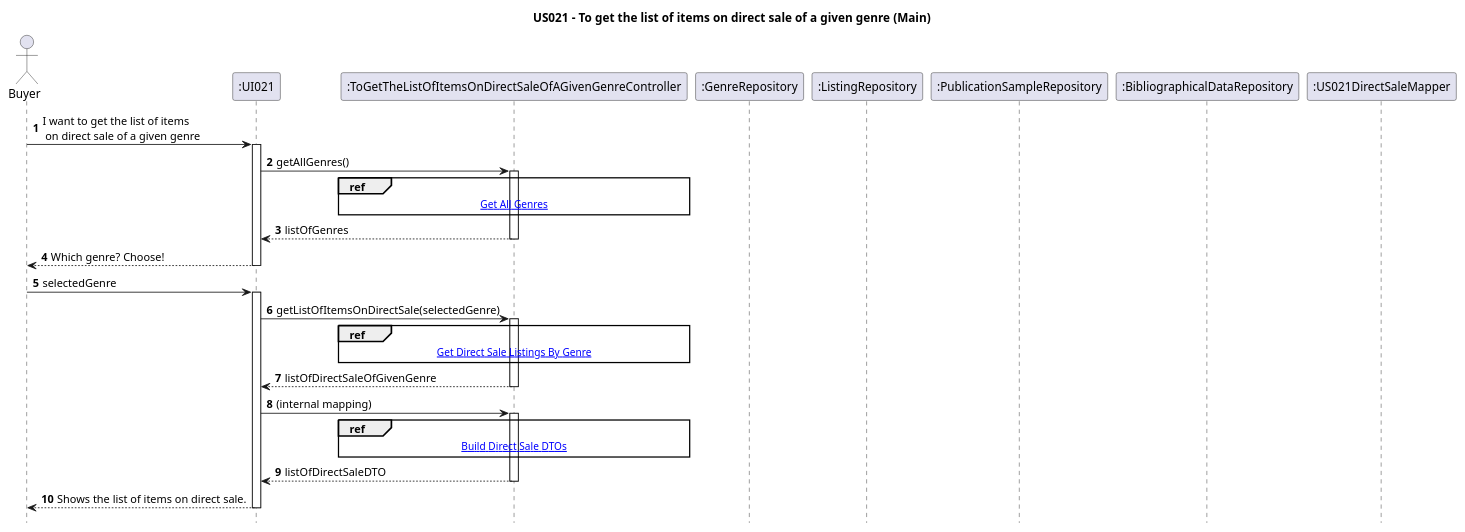
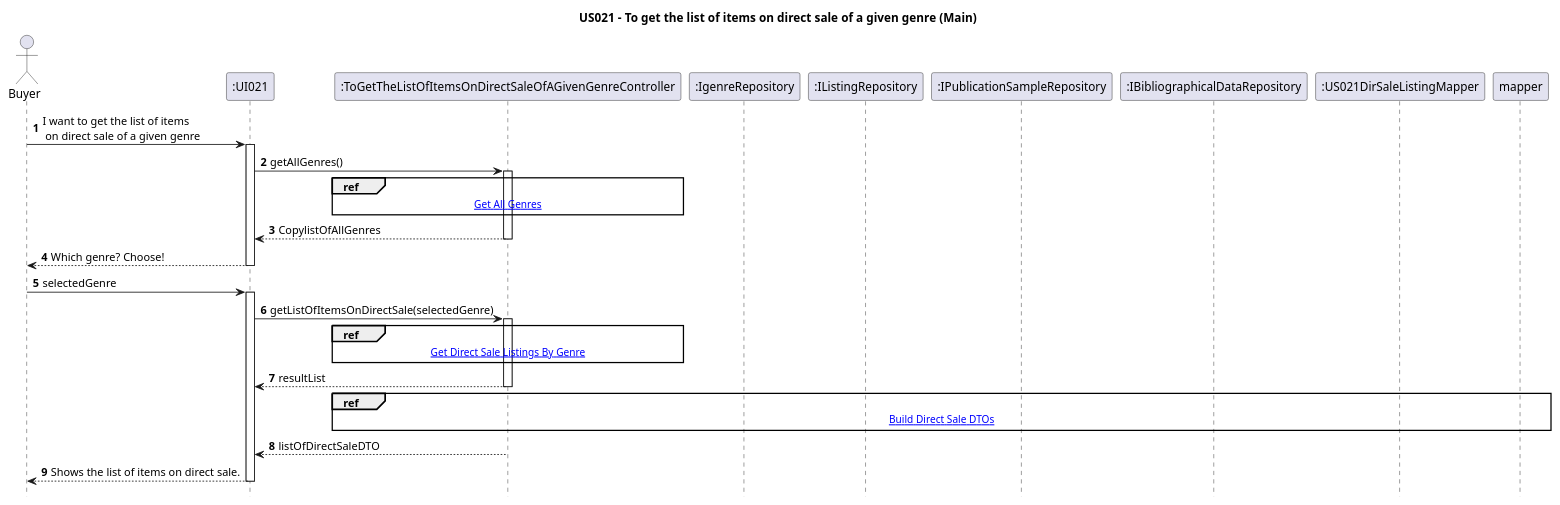
One commit to AndrePereiraGitH/SWitCH-Project-Team_A changed the diagram in Diagrams/SequenceDiagrams/N2/US021-to-get-the-list-of-items-on-direct-sale-of-a-given-genre/1.MainDiagram.puml. Above: the diagram before and after it, drawn with PlantUML. The commit also changed 5 other files, not shown here.

```diff
--- a/Diagrams/SequenceDiagrams/N2/US021-to-get-the-list-of-items-on-direct-sale-of-a-given-genre/1.MainDiagram.puml
+++ b/Diagrams/SequenceDiagrams/N2/US021-to-get-the-list-of-items-on-direct-sale-of-a-given-genre/1.MainDiagram.puml
@@ -1,57 +1,56 @@
 @startuml
 hide footbox
 autonumber
 title US021 - To get the list of items on direct sale of a given genre (Main)
 
 actor Buyer
 participant ":UI021" as UI
 participant ":ToGetTheListOfItemsOnDirectSaleOfAGivenGenreController" as Ctrl
-participant ":GenreRepository" as genreRepo
-participant ":ListingRepository" as listingRepo
-participant ":PublicationSampleRepository" as pubSampleRepo
-participant ":BibliographicalDataRepository" as bdRepo
-participant ":US021DirectSaleMapper" as mapper
+participant ":IgenreRepository" as IgenreRepo
+participant ":IListingRepository" as IlistingRepo
+participant ":IPublicationSampleRepository" as IpubSampleRepo
+participant ":IBibliographicalDataRepository" as IbdRepo
+participant ":US021DirSaleListingMapper" as Mapper
 
 Buyer -> UI : I want to get the list of items\n on direct sale of a given genre
 activate UI
 
 UI -> Ctrl : getAllGenres()
 activate Ctrl
 
 ref over Ctrl
 [[2.GetAllGenres.puml Get All Genres]]
 end ref
 
-Ctrl --> UI : listOfGenres
+Ctrl --> UI : CopylistOfAllGenres
 deactivate Ctrl
 
 UI --> Buyer : Which genre? Choose!
 deactivate UI
 
 Buyer -> UI : selectedGenre
 activate UI
 
 UI -> Ctrl : getListOfItemsOnDirectSale(selectedGenre)
 activate Ctrl
 
 ref over Ctrl
 [[3.GetDirectSaleListingsByGenre.puml Get Direct Sale Listings By Genre]]
 end ref
 
-Ctrl --> UI : listOfDirectSaleOfGivenGenre
+Ctrl --> UI : resultList
 deactivate Ctrl
 
-UI -> Ctrl : (internal mapping)
-activate Ctrl
 
-ref over Ctrl
+ref over Ctrl, mapper
 [[4.BuildDirectSaleDTOs.puml Build Direct Sale DTOs]]
 end ref
 
+
 Ctrl --> UI : listOfDirectSaleDTO
-deactivate Ctrl
+
 
 UI --> Buyer : Shows the list of items on direct sale.
 deactivate UI
 
 @enduml
```
